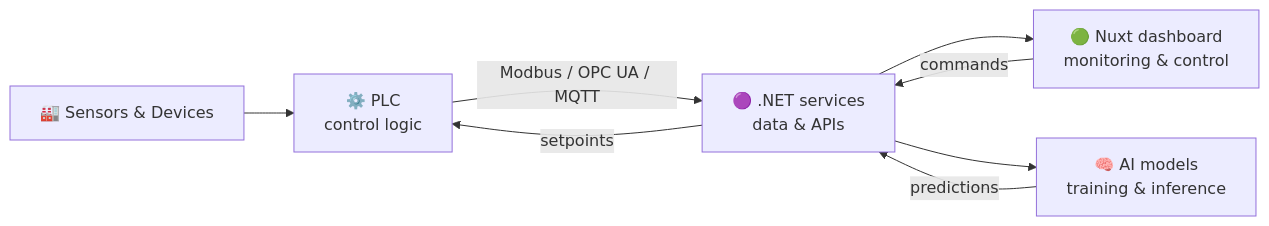
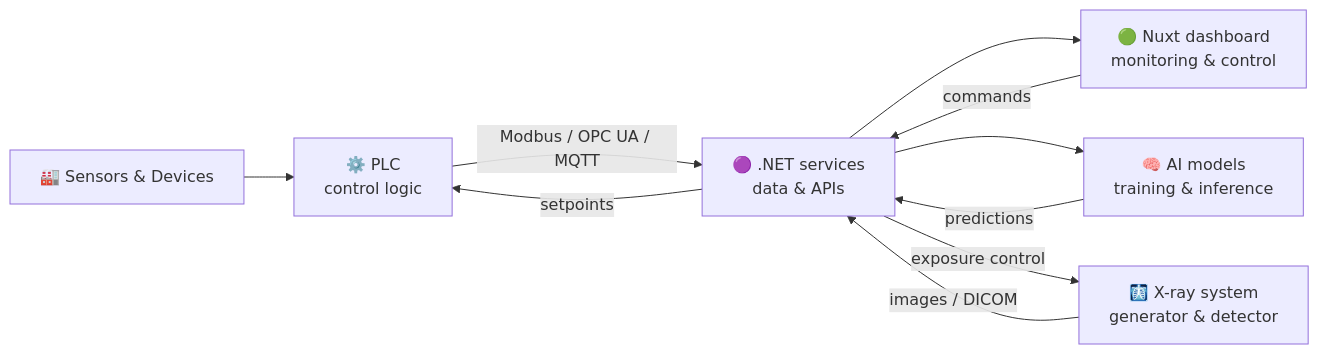
The diagram in README.md (shaxboz1011/shaxboz1011), drawn with Mermaid before and after one commit. The commit also changed other lines of this file, not shown here.

First line of the commit message:
Add X-ray / medical imaging work to profile README

````diff
--- a/README.md
+++ b/README.md
@@ -67,10 +76,12 @@
 ```mermaid
 flowchart LR
     A["🏭 Sensors & Devices"] --> B["⚙️ PLC<br/>control logic"]
     B -- "Modbus / OPC UA / MQTT" --> C["🟣 .NET services<br/>data & APIs"]
     C --> D["🟢 Nuxt dashboard<br/>monitoring & control"]
     C --> E["🧠 AI models<br/>training & inference"]
     E -- "predictions" --> C
     D -- "commands" --> C
     C -- "setpoints" --> B
+    F["🩻 X-ray system<br/>generator & detector"] -- "images / DICOM" --> C
+    C -- "exposure control" --> F
 ```
````
